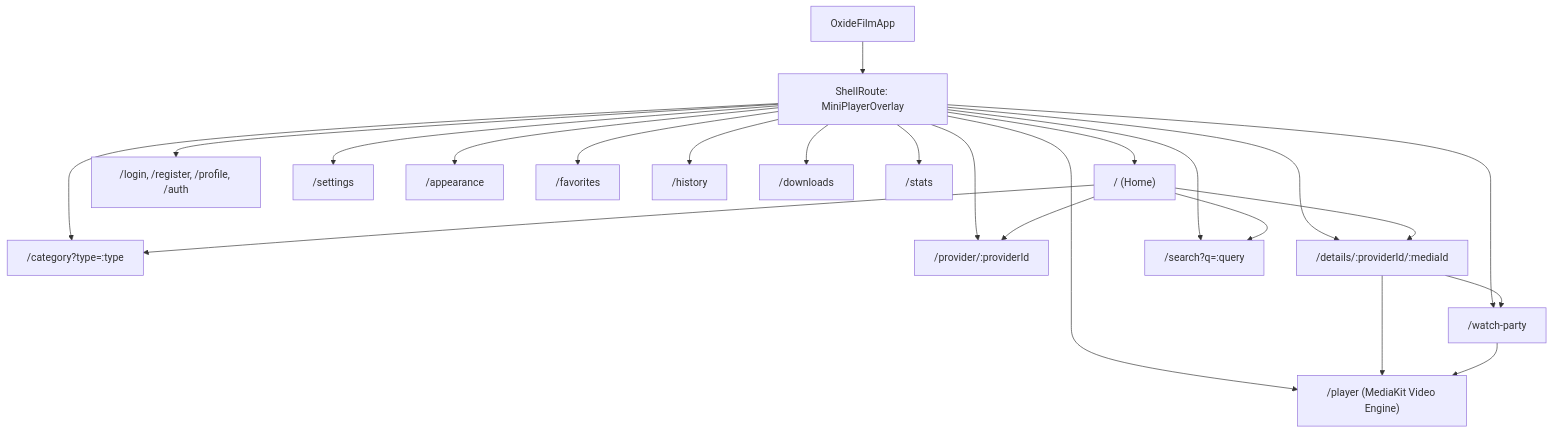
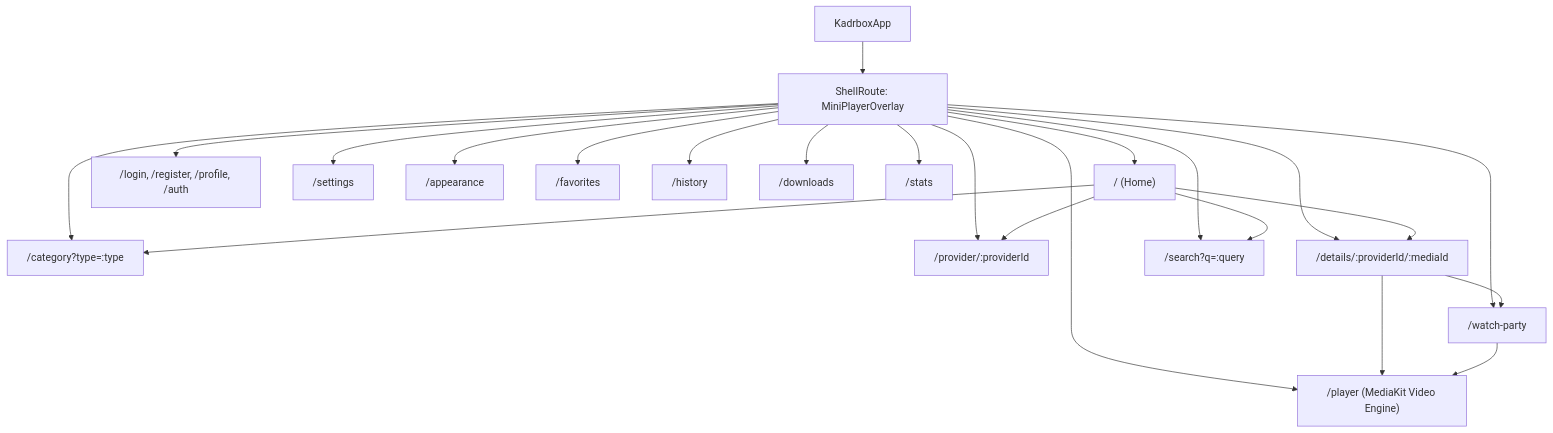
The diagram in docs/04_UI_UX_AND_MEDIA_PLAYER.md (edhases/kadrbox), drawn with Mermaid before and after one commit. The commit also changed other lines of this file and 17 other files, not shown here.

````diff
--- a/docs/04_UI_UX_AND_MEDIA_PLAYER.md
+++ b/docs/04_UI_UX_AND_MEDIA_PLAYER.md
@@ -70,27 +70,27 @@
 ```mermaid
 flowchart TD
-    App[OxideFilmApp] --> Shell[ShellRoute: MiniPlayerOverlay]
+    App[KadrboxApp] --> Shell[ShellRoute: MiniPlayerOverlay]
     
     Shell --> Home["/ (Home)"]
     Shell --> Auth["/login, /register, /profile, /auth"]
     Shell --> Category["/category?type=:type"]
     Shell --> Provider["/provider/:providerId"]
     Shell --> Details["/details/:providerId/:mediaId"]
     Shell --> Player["/player (MediaKit Video Engine)"]
     Shell --> Search["/search?q=:query"]
     Shell --> Settings["/settings"]
     Shell --> Appearance["/appearance"]
     Shell --> Favorites["/favorites"]
     Shell --> History["/history"]
     Shell --> Downloads["/downloads"]
     Shell --> Stats["/stats"]
     Shell --> WatchParty["/watch-party"]
 
     Home --> Details
     Home --> Search
     Home --> Category
     Home --> Provider
     Details --> Player
     Details --> WatchParty
     WatchParty --> Player
 ```
````
